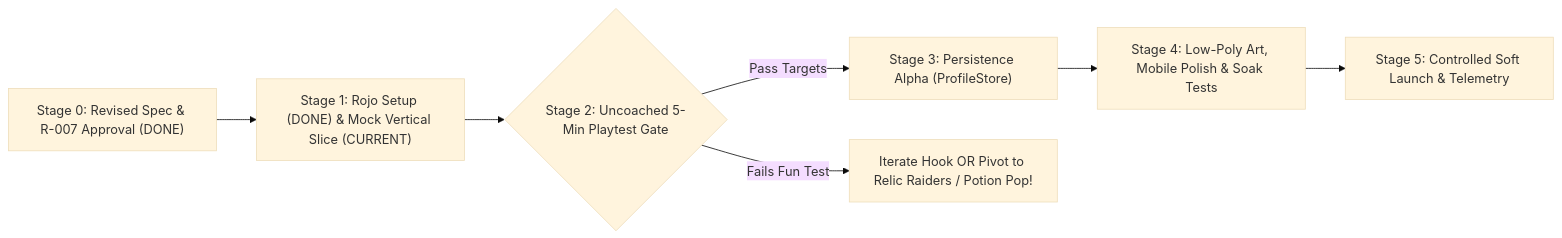
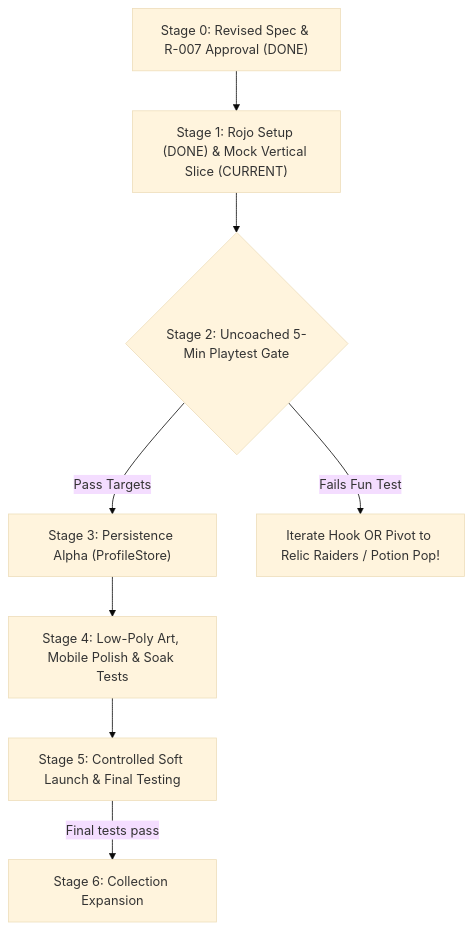
The diagram in docs/DEVELOPMENT_ROADMAP.md (jtchu22-debug/roblox-game-project), drawn with Mermaid (base theme) before and after one commit. The commit also changed other lines of this file, not shown here.

Commit message:
Document Stage 6 collection expansion in DEVELOPMENT_ROADMAP.md

````diff
--- a/docs/DEVELOPMENT_ROADMAP.md
+++ b/docs/DEVELOPMENT_ROADMAP.md
@@ -24,9 +24,10 @@
 ```mermaid
-flowchart LR
+flowchart TD
     S0["Stage 0: Revised Spec & R-007 Approval (DONE)"] --> S1["Stage 1: Rojo Setup (DONE) & Mock Vertical Slice (CURRENT)"]
     S1 --> S2{"Stage 2: Uncoached 5-Min Playtest Gate"}
     S2 -->|"Pass Targets"| S3["Stage 3: Persistence Alpha (ProfileStore)"]
     S2 -->|"Fails Fun Test"| PIVOT["Iterate Hook OR Pivot to Relic Raiders / Potion Pop!"]
     S3 --> S4["Stage 4: Low-Poly Art, Mobile Polish & Soak Tests"]
-    S4 --> S5["Stage 5: Controlled Soft Launch & Telemetry"]
+    S4 --> S5["Stage 5: Controlled Soft Launch & Final Testing"]
+    S5 -->|"Final tests pass"| S6["Stage 6: Collection Expansion"]
 ```
````
